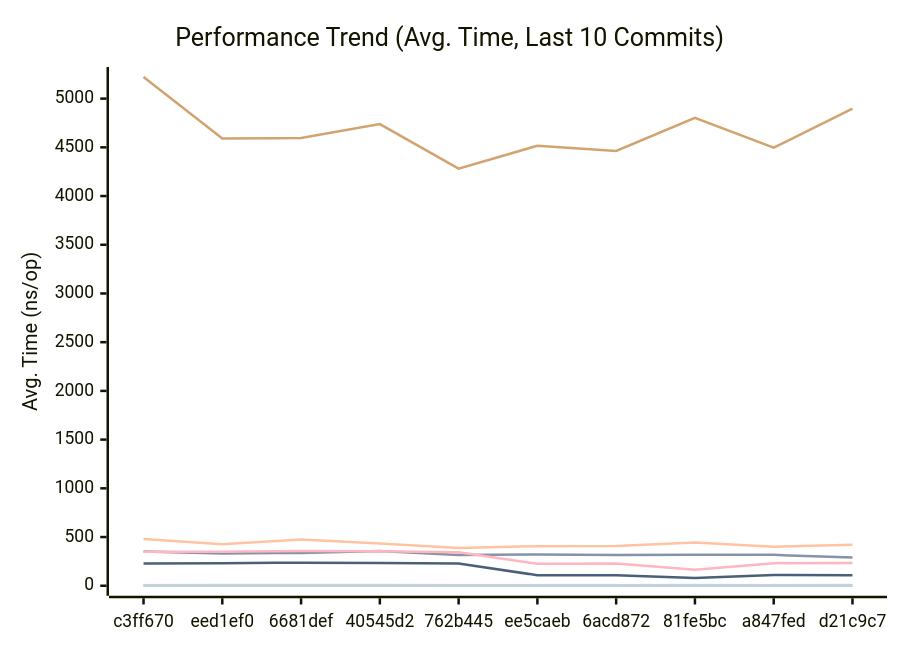
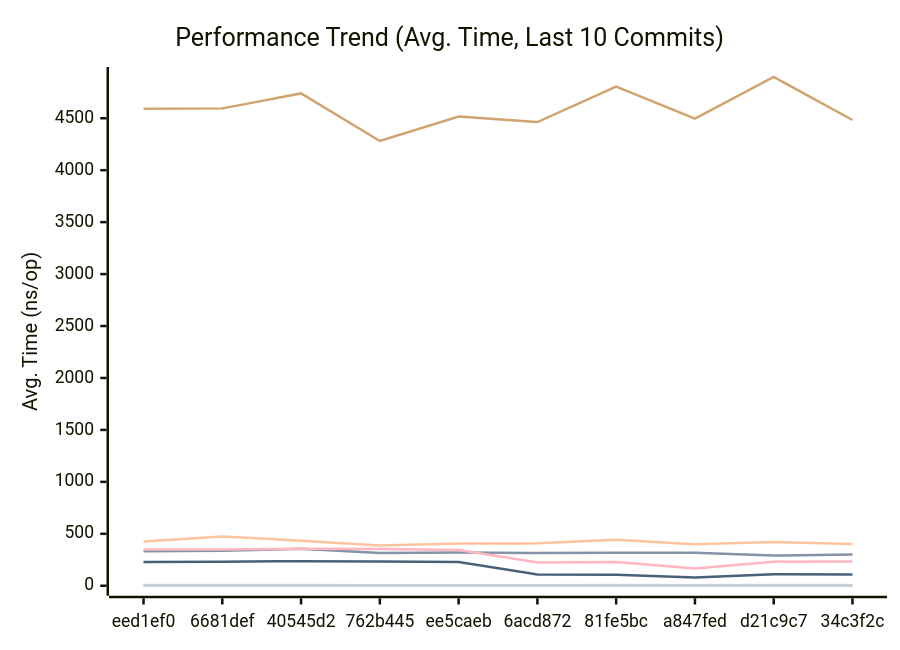
Before and after one commit to alsotoes/momo: the first of 3 diagrams in docs/PERFORMANCE.md, drawn with Mermaid. The commit also changed other lines of this file and 2 other files, not shown here.

````diff
--- a/docs/PERFORMANCE.md
+++ b/docs/PERFORMANCE.md
@@ -80,16 +80,16 @@
 ```mermaid
 xychart-beta
     title "Performance Trend (Avg. Time, Last 10 Commits)"
     x-axis "Commit"
     y-axis "Avg. Time (ns/op)"
-    x-axis [c3ff670,eed1ef0,6681def,40545d2,762b445,ee5caeb,6acd872,81fe5bc,a847fed,d21c9c7]
-    line "CheckMetricsAndSwap" [8,9,10,9,7,8,8,9,8,9]
-    line "CrushOptimized" [351,332,337,356,316,320,315,318,317,290]
-    line "CrushOriginal" [480,425,474,434,388,406,408,443,400,422]
+    x-axis [eed1ef0,6681def,40545d2,762b445,ee5caeb,6acd872,81fe5bc,a847fed,d21c9c7,34c3f2c]
+    line "CheckMetricsAndSwap" [9,10,9,7,8,8,9,8,9,9]
+    line "CrushOptimized" [332,337,356,316,320,315,318,317,290,301]
+    line "CrushOriginal" [425,474,434,388,406,408,443,400,422,402]
     line "IndexDirectTracking" [0,0,0,0,0,0,0,0,0,0]
     line "IndexSearch" [2,2,2,2,2,2,2,2,2,2]
-    line "LoadGlobalConfig" [5222,4592,4595,4739,4281,4517,4463,4804,4497,4897]
+    line "LoadGlobalConfig" [4592,4595,4739,4281,4517,4463,4804,4497,4897,4483]
     line "PadString" [2,2,2,2,2,2,2,2,2,2]
     line "ParseReplicationOrder_NoPrealloc" [350,349,357,354,345,225,229,165,232,234]
     line "ParseReplicationOrder_Prealloc" [229,231,237,234,229,108,107,80,110,109]
 ```
````
